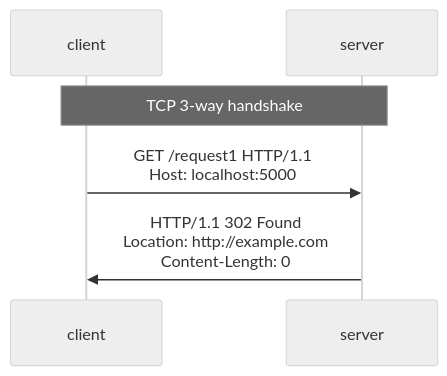
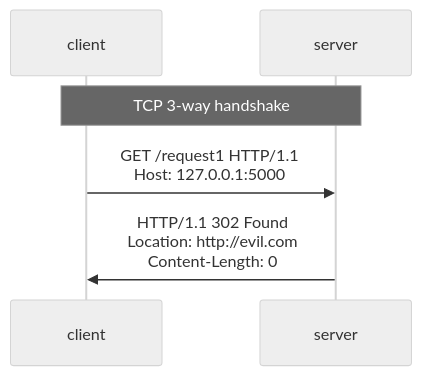
One commit to samuel871211/yusheng-tech-blog changed the third of 4 diagrams in docs/http/response-misbinding.md. Above: the diagram before and after it, drawn with Mermaid (neutral theme). The commit also changed other lines of this file and 3 other files, not shown here.

````diff
--- a/docs/http/response-misbinding.md
+++ b/docs/http/response-misbinding.md
@@ -99,10 +101,10 @@
 ```mermaid
 sequenceDiagram
   participant c as client
   participant s as server
 
   Note Over c,s: TCP 3-way handshake
 
-  c ->> s: GET /request1 HTTP/1.1<br/>Host: localhost:5000
-  s ->> c: HTTP/1.1 302 Found<br/>Location: http://example.com<br/>Content-Length: 0
+  c ->> s: GET /request1 HTTP/1.1<br/>Host: 127.0.0.1:5000
+  s ->> c: HTTP/1.1 302 Found<br/>Location: http://evil.com<br/>Content-Length: 0
 ```
````
